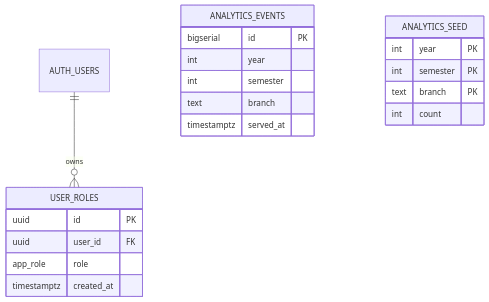
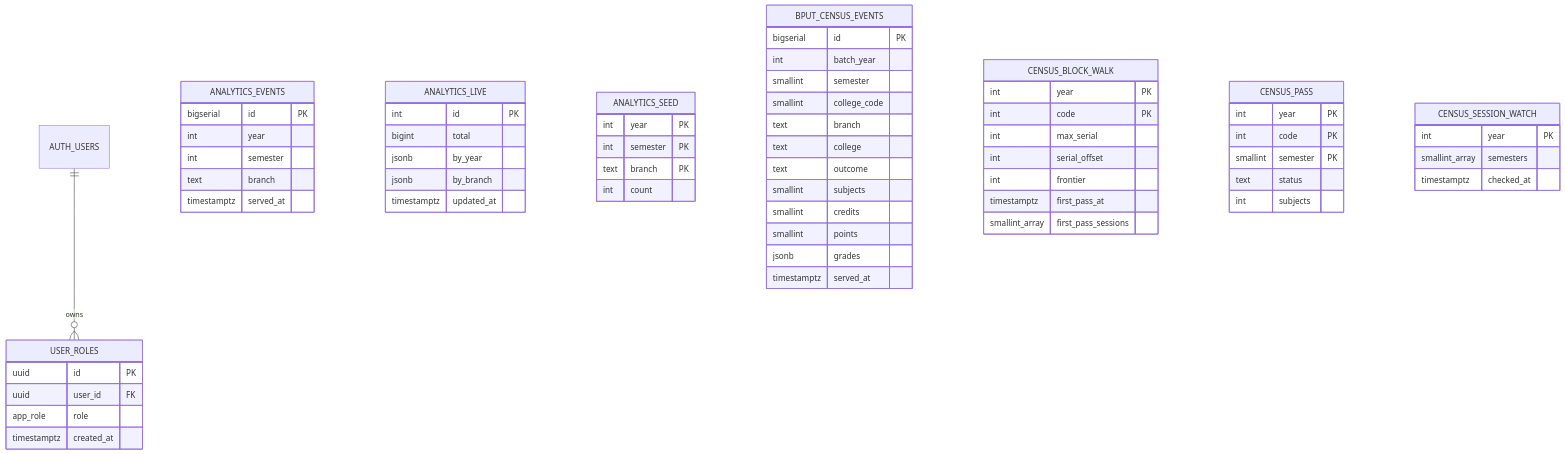
One commit to flawsom/result changed the fifth of 6 diagrams in README.md. Above: the diagram before and after it, drawn with Mermaid. The commit also changed other lines of this file and 1 other file, not shown here.

````diff
--- a/README.md
+++ b/README.md
@@ -441,23 +521,65 @@
 ```mermaid
 erDiagram
   AUTH_USERS ||--o{ USER_ROLES : "owns"
+  USER_ROLES {
+    uuid id PK
+    uuid user_id FK
+    app_role role
+    timestamptz created_at
+  }
   ANALYTICS_EVENTS {
     bigserial id PK
     int year
     int semester
     text branch
     timestamptz served_at
   }
+  ANALYTICS_LIVE {
+    int id PK
+    bigint total
+    jsonb by_year
+    jsonb by_branch
+    timestamptz updated_at
+  }
   ANALYTICS_SEED {
     int year PK
     int semester PK
     text branch PK
     int count
   }
-  USER_ROLES {
-    uuid id PK
-    uuid user_id FK
-    app_role role
-    timestamptz created_at
+  BPUT_CENSUS_EVENTS {
+    bigserial id PK
+    int batch_year
+    smallint semester
+    smallint college_code
+    text branch
+    text college
+    text outcome
+    smallint subjects
+    smallint credits
+    smallint points
+    jsonb grades
+    timestamptz served_at
+  }
+  CENSUS_BLOCK_WALK {
+    int year PK
+    int code PK
+    int max_serial
+    int serial_offset
+    int frontier
+    timestamptz first_pass_at
+    smallint_array first_pass_sessions
+  }
+  CENSUS_PASS {
+    int year PK
+    int code PK
+    smallint semester PK
+    text status
+    int subjects
+  }
+  CENSUS_SESSION_WATCH {
+    int year PK
+    smallint_array semesters
+    timestamptz checked_at
   }
 ```
````
